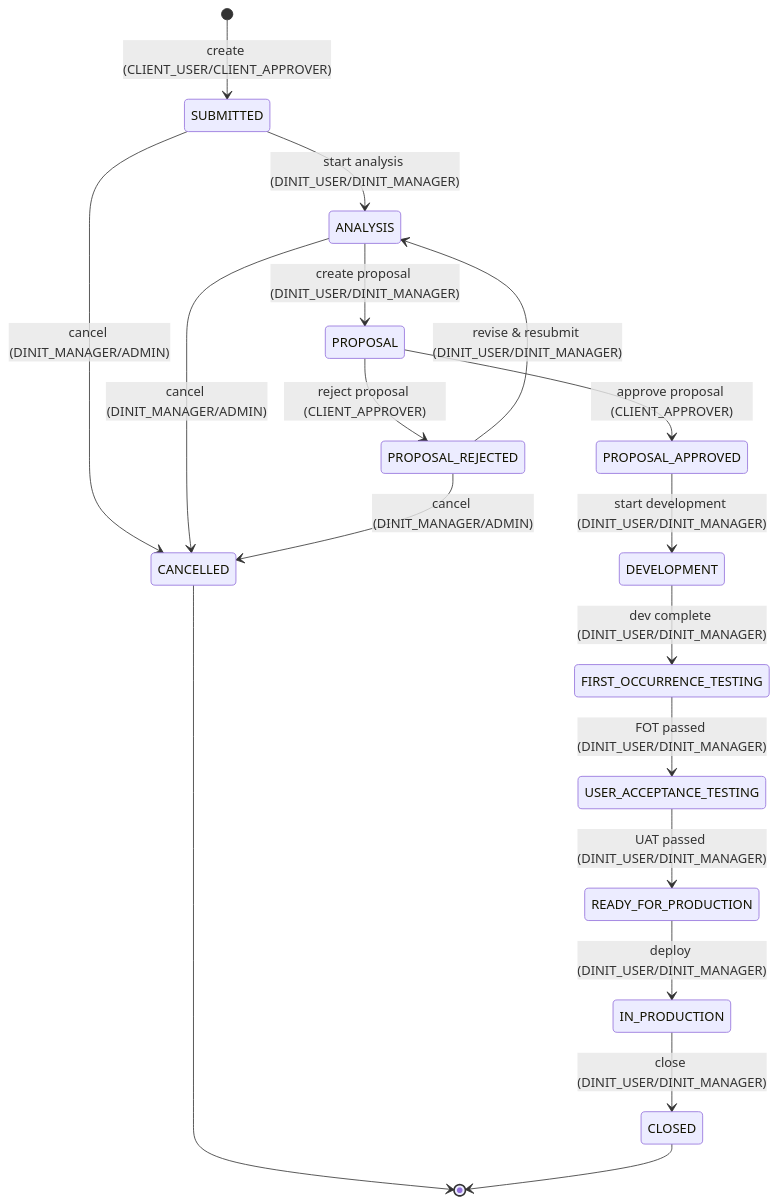
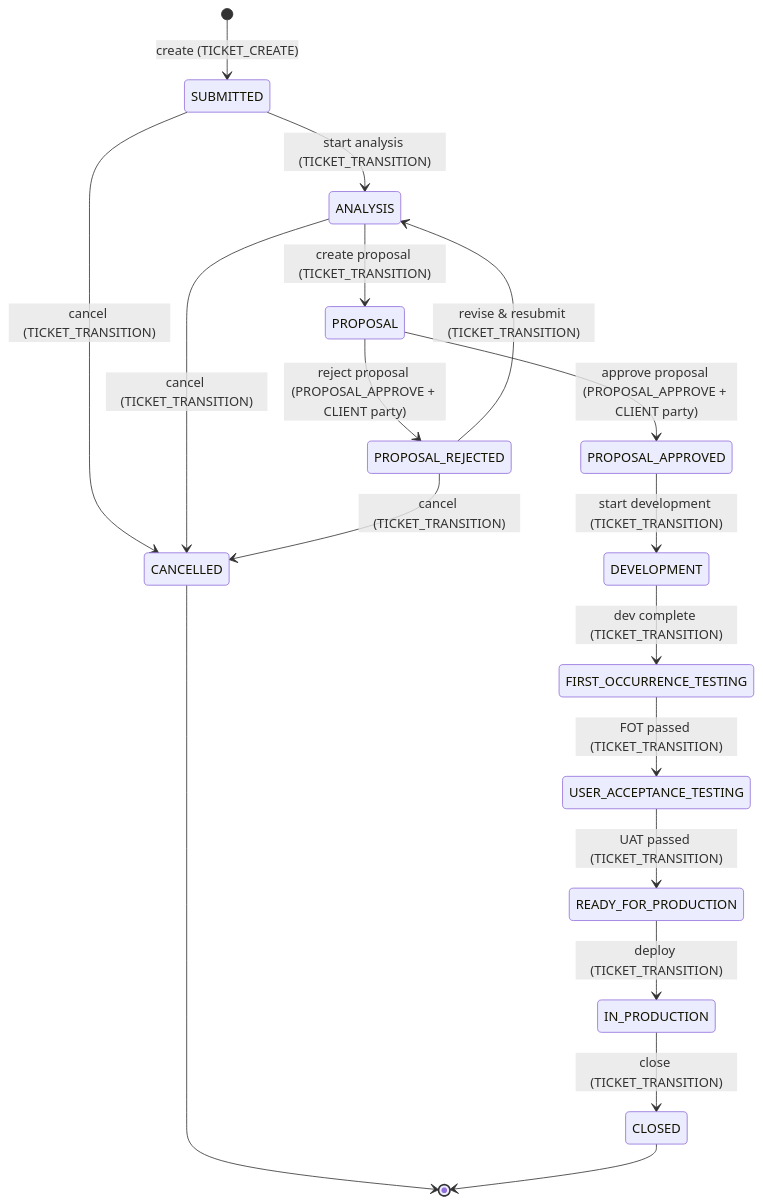
The diagram in specs/001-ticketing-mvp/features/US1-change-request.md (AleksV3/ticketFlow1), drawn with Mermaid before and after one commit. The commit also changed other lines of this file and 9 other files, not shown here.

````diff
--- a/specs/001-ticketing-mvp/features/US1-change-request.md
+++ b/specs/001-ticketing-mvp/features/US1-change-request.md
@@ -20,20 +21,20 @@
 ```mermaid
 stateDiagram-v2
-    [*] --> SUBMITTED: create (CLIENT_USER/CLIENT_APPROVER)
-    SUBMITTED --> ANALYSIS: start analysis (DINIT_USER/DINIT_MANAGER)
-    SUBMITTED --> CANCELLED: cancel (DINIT_MANAGER/ADMIN)
-    ANALYSIS --> PROPOSAL: create proposal (DINIT_USER/DINIT_MANAGER)
-    ANALYSIS --> CANCELLED: cancel (DINIT_MANAGER/ADMIN)
-    PROPOSAL --> PROPOSAL_APPROVED: approve proposal (CLIENT_APPROVER)
-    PROPOSAL --> PROPOSAL_REJECTED: reject proposal (CLIENT_APPROVER)
-    PROPOSAL_REJECTED --> ANALYSIS: revise & resubmit (DINIT_USER/DINIT_MANAGER)
-    PROPOSAL_REJECTED --> CANCELLED: cancel (DINIT_MANAGER/ADMIN)
-    PROPOSAL_APPROVED --> DEVELOPMENT: start development (DINIT_USER/DINIT_MANAGER)
-    DEVELOPMENT --> FIRST_OCCURRENCE_TESTING: dev complete (DINIT_USER/DINIT_MANAGER)
-    FIRST_OCCURRENCE_TESTING --> USER_ACCEPTANCE_TESTING: FOT passed (DINIT_USER/DINIT_MANAGER)
-    USER_ACCEPTANCE_TESTING --> READY_FOR_PRODUCTION: UAT passed (DINIT_USER/DINIT_MANAGER)
-    READY_FOR_PRODUCTION --> IN_PRODUCTION: deploy (DINIT_USER/DINIT_MANAGER)
-    IN_PRODUCTION --> CLOSED: close (DINIT_USER/DINIT_MANAGER)
+    [*] --> SUBMITTED: create (TICKET_CREATE)
+    SUBMITTED --> ANALYSIS: start analysis (TICKET_TRANSITION)
+    SUBMITTED --> CANCELLED: cancel (TICKET_TRANSITION)
+    ANALYSIS --> PROPOSAL: create proposal (TICKET_TRANSITION)
+    ANALYSIS --> CANCELLED: cancel (TICKET_TRANSITION)
+    PROPOSAL --> PROPOSAL_APPROVED: approve proposal (PROPOSAL_APPROVE + CLIENT party)
+    PROPOSAL --> PROPOSAL_REJECTED: reject proposal (PROPOSAL_APPROVE + CLIENT party)
+    PROPOSAL_REJECTED --> ANALYSIS: revise & resubmit (TICKET_TRANSITION)
+    PROPOSAL_REJECTED --> CANCELLED: cancel (TICKET_TRANSITION)
+    PROPOSAL_APPROVED --> DEVELOPMENT: start development (TICKET_TRANSITION)
+    DEVELOPMENT --> FIRST_OCCURRENCE_TESTING: dev complete (TICKET_TRANSITION)
+    FIRST_OCCURRENCE_TESTING --> USER_ACCEPTANCE_TESTING: FOT passed (TICKET_TRANSITION)
+    USER_ACCEPTANCE_TESTING --> READY_FOR_PRODUCTION: UAT passed (TICKET_TRANSITION)
+    READY_FOR_PRODUCTION --> IN_PRODUCTION: deploy (TICKET_TRANSITION)
+    IN_PRODUCTION --> CLOSED: close (TICKET_TRANSITION)
     CANCELLED --> [*]
     CLOSED --> [*]
 ```
````
